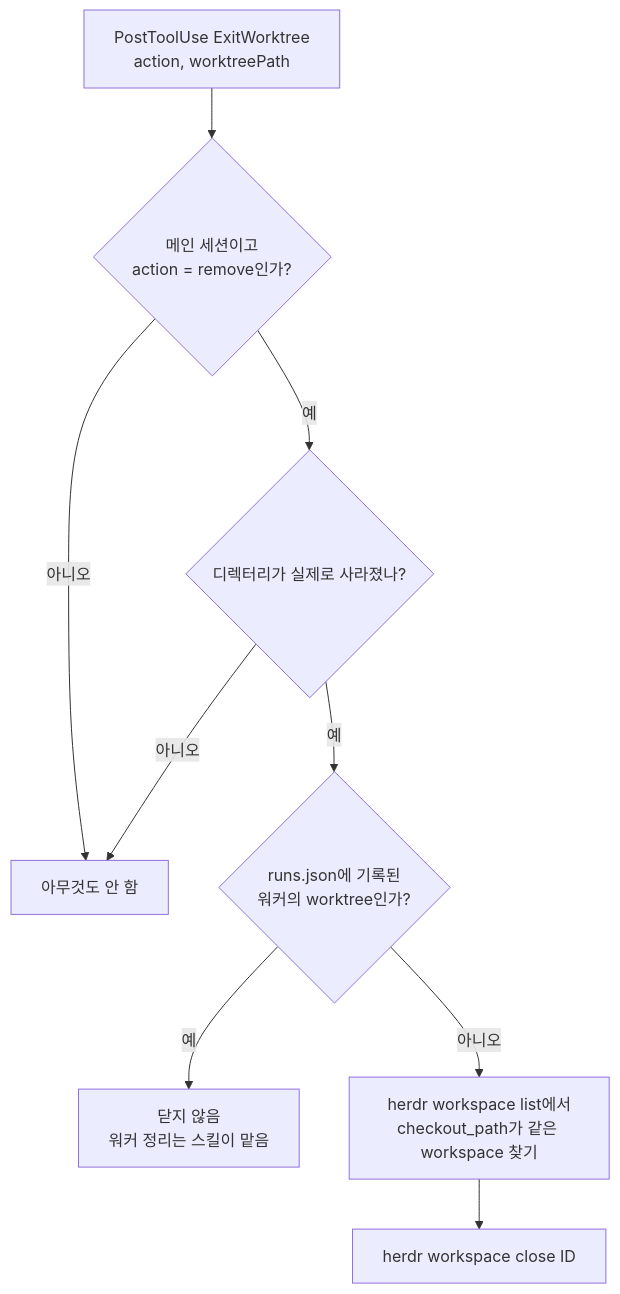
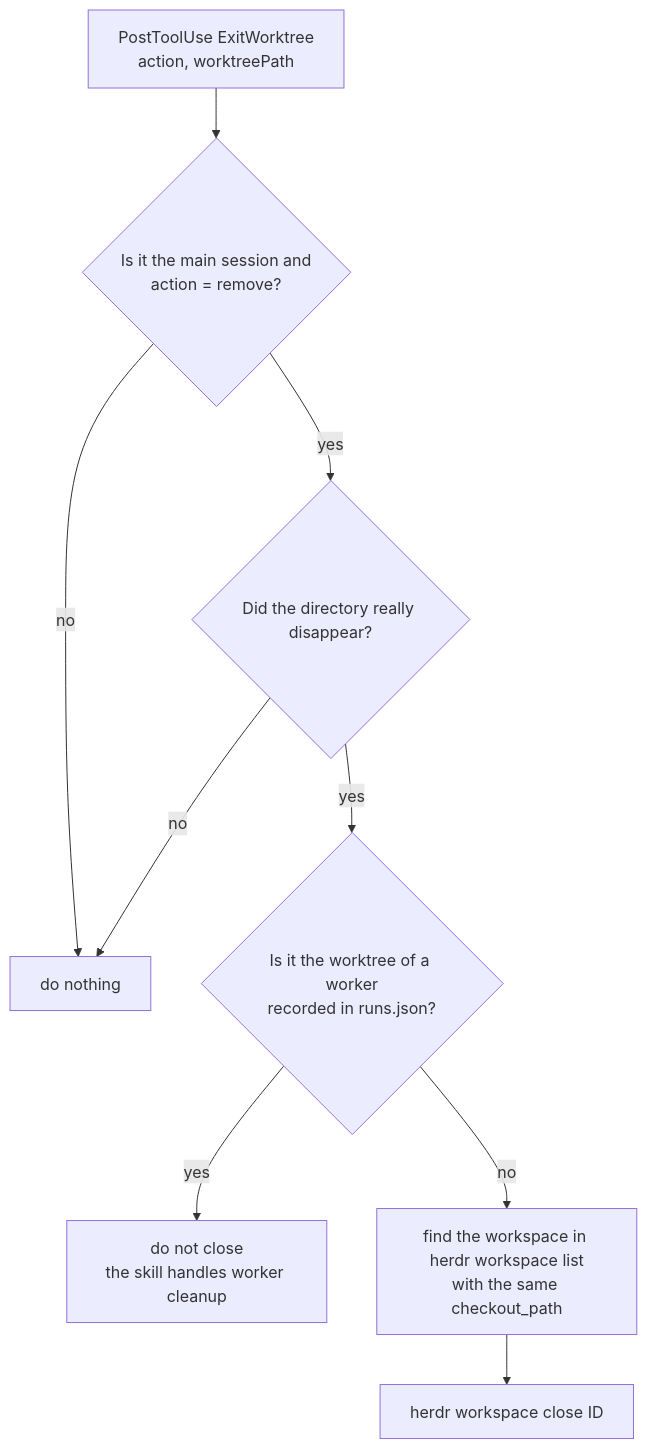
Before and after one commit to nyjin/herdr-skills: the third of 3 diagrams in docs/superpowers/specs/2026-10-13-register-claude-worktrees-design.md, drawn with Mermaid. The commit also changed other lines of this file and 10 other files, not shown here.

````diff
--- a/docs/superpowers/specs/2026-10-13-register-claude-worktrees-design.md
+++ b/docs/superpowers/specs/2026-10-13-register-claude-worktrees-design.md
@@ -87,11 +87,11 @@
 ```mermaid
 flowchart TD
-    A["PostToolUse ExitWorktree<br/>action, worktreePath"] --> M{"메인 세션이고<br/>action = remove인가?"}
-    M -->|아니오| X["아무것도 안 함"]
-    M -->|예| G{"디렉터리가 실제로 사라졌나?"}
-    G -->|아니오| X
-    G -->|예| R{"runs.json에 기록된<br/>워커의 worktree인가?"}
-    R -->|예| X2["닫지 않음<br/>워커 정리는 스킬이 맡음"]
-    R -->|아니오| L["herdr workspace list에서<br/>checkout_path가 같은 workspace 찾기"]
+    A["PostToolUse ExitWorktree<br/>action, worktreePath"] --> M{"Is it the main session and<br/>action = remove?"}
+    M -->|no| X["do nothing"]
+    M -->|yes| G{"Did the directory really disappear?"}
+    G -->|no| X
+    G -->|yes| R{"Is it the worktree of a worker<br/>recorded in runs.json?"}
+    R -->|yes| X2["do not close<br/>the skill handles worker cleanup"]
+    R -->|no| L["find the workspace in herdr workspace list<br/>with the same checkout_path"]
     L --> C["herdr workspace close ID"]
 ```
````
